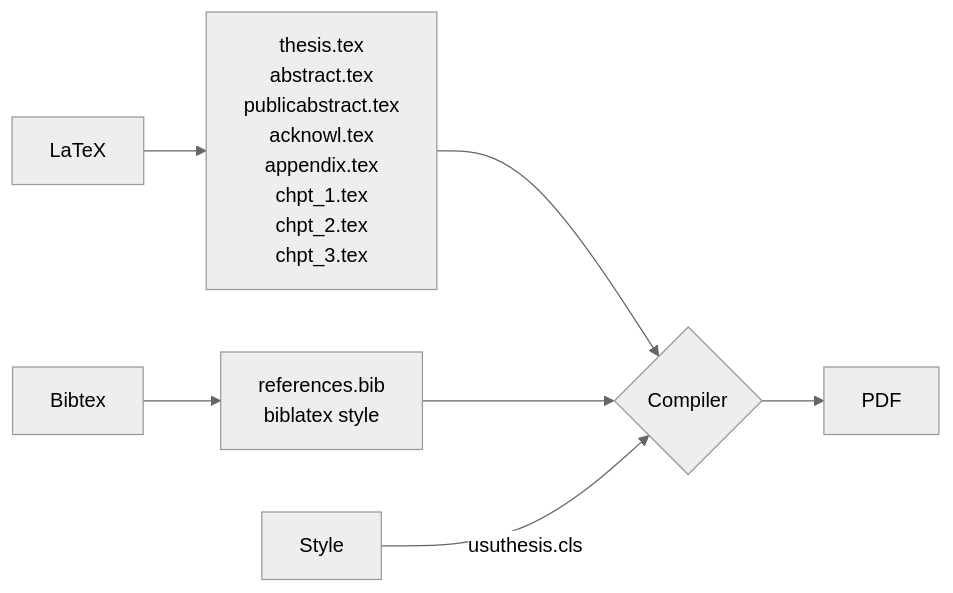
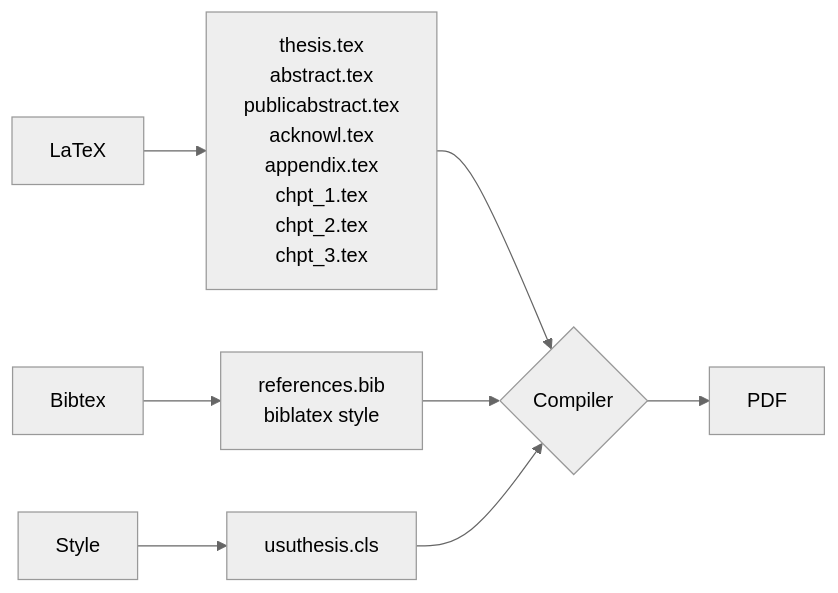
Before and after one commit to noahcreany/EC-Latex-Workshop: the diagram in USU Thesis Dissertation Template/ReadMe.md, drawn with Mermaid (neutral theme). The commit also changed other lines of this file, not shown here.

````diff
--- a/USU Thesis Dissertation Template/ReadMe.md
+++ b/USU Thesis Dissertation Template/ReadMe.md
@@ -9,17 +10,17 @@
 ```mermaid
-    graph LR;
-
-A[LaTeX]-->files[thesis.tex
-                  abstract.tex
-                  publicabstract.tex
-                  acknowl.tex
-                  appendix.tex
-                  chpt_1.tex
-                  chpt_2.tex
-                  chpt_3.tex] -->B{Compiler};
-                  B-->E[PDF];
-    
-C[Bibtex]-->bibs[references.bib
-                 biblatex style]-->B;
-D[Style]--usuthesis.cls-->B;
+graph LR
+files[thesis.tex
+      abstract.tex
+      publicabstract.tex
+      acknowl.tex
+      appendix.tex
+      chpt_1.tex
+      chpt_2.tex
+      chpt_3.tex]
+bibs[references.bib
+    biblatex style]
+A[LaTeX]-->files-->B{Compiler}
+B-->E[PDF]
+C[Bibtex]-->bibs-->B
+D[Style]-->usuthesis.cls-->B
 ```
````
